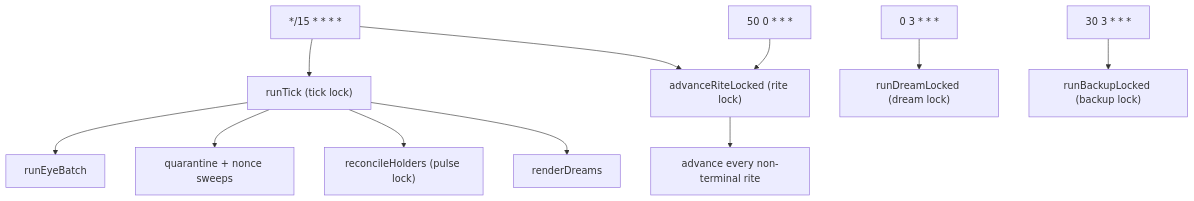
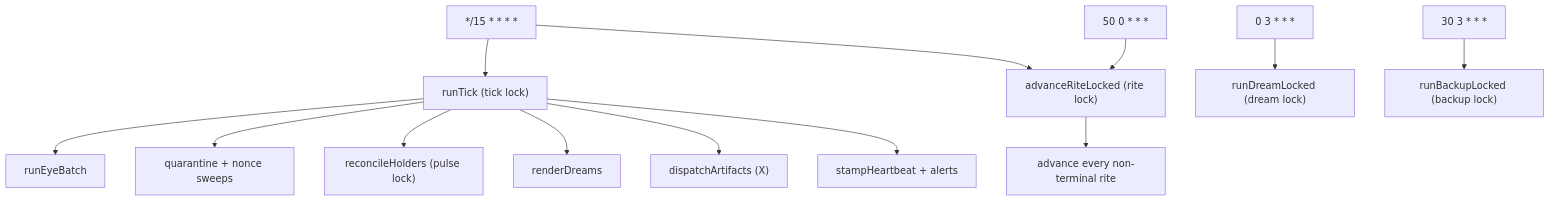
One commit to AIEngineerX/pleroma-public changed the fifth of 5 diagrams in ARCHITECTURE.md. Above: the diagram before and after it, drawn with Mermaid. The commit also changed other lines of this file and 1 other file, not shown here.

First line of the commit message:
docs: currency — reconcile README/ARCHITECTURE/STATUS/TODO/runbook to shipped reality

````diff
--- a/ARCHITECTURE.md
+++ b/ARCHITECTURE.md
@@ -239,9 +241,9 @@
 ```mermaid
 flowchart TB
     C1["*/15 * * * *"] --> RT["runTick (tick lock)"] & AR["advanceRiteLocked (rite lock)"]
     C2["50 0 * * *"] --> AR
     C3["0 3 * * *"] --> DR["runDreamLocked (dream lock)"]
     C4["30 3 * * *"] --> BK["runBackupLocked (backup lock)"]
-    RT --> EYEb["runEyeBatch"] & SW["quarantine + nonce sweeps"] & RH["reconcileHolders (pulse lock)"] & VR["renderDreams"]
+    RT --> EYEb["runEyeBatch"] & SW["quarantine + nonce sweeps"] & RH["reconcileHolders (pulse lock)"] & VR["renderDreams"] & DA["dispatchArtifacts (X)"] & HB["stampHeartbeat + alerts"]
     AR --> RiteAdv["advance every non-terminal rite"]
 ```
````
